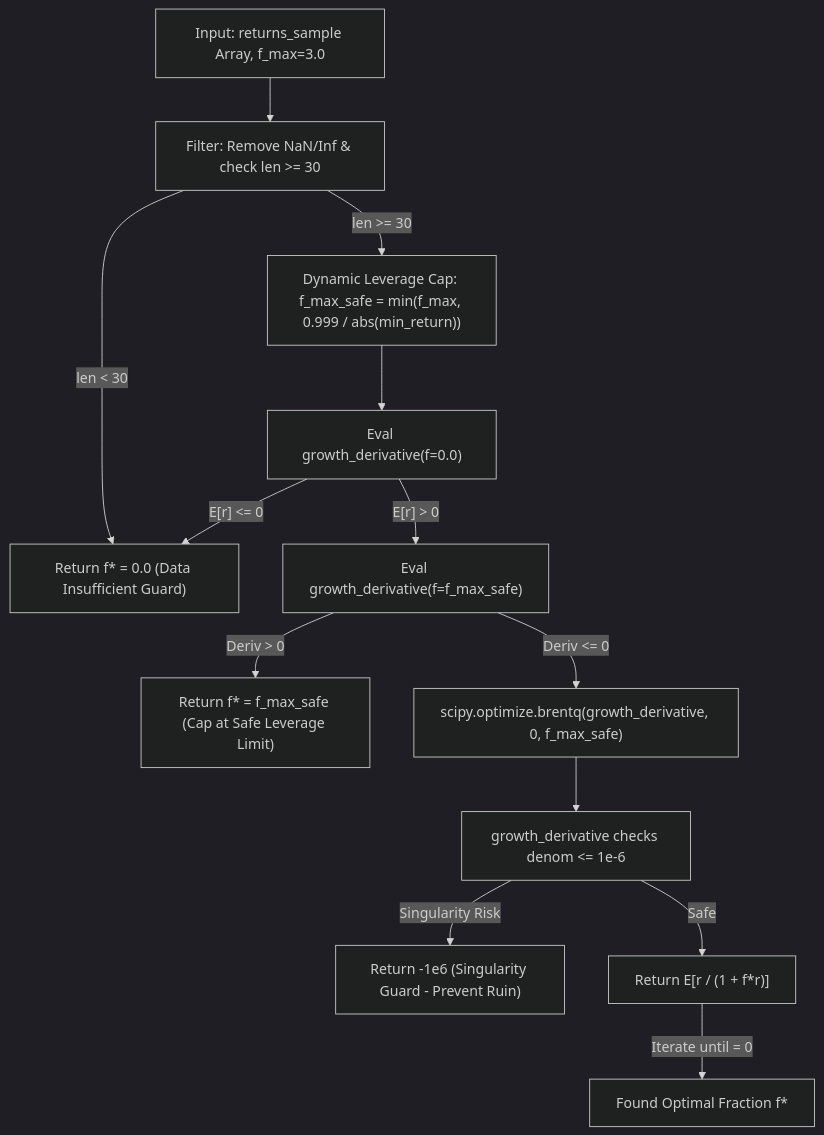
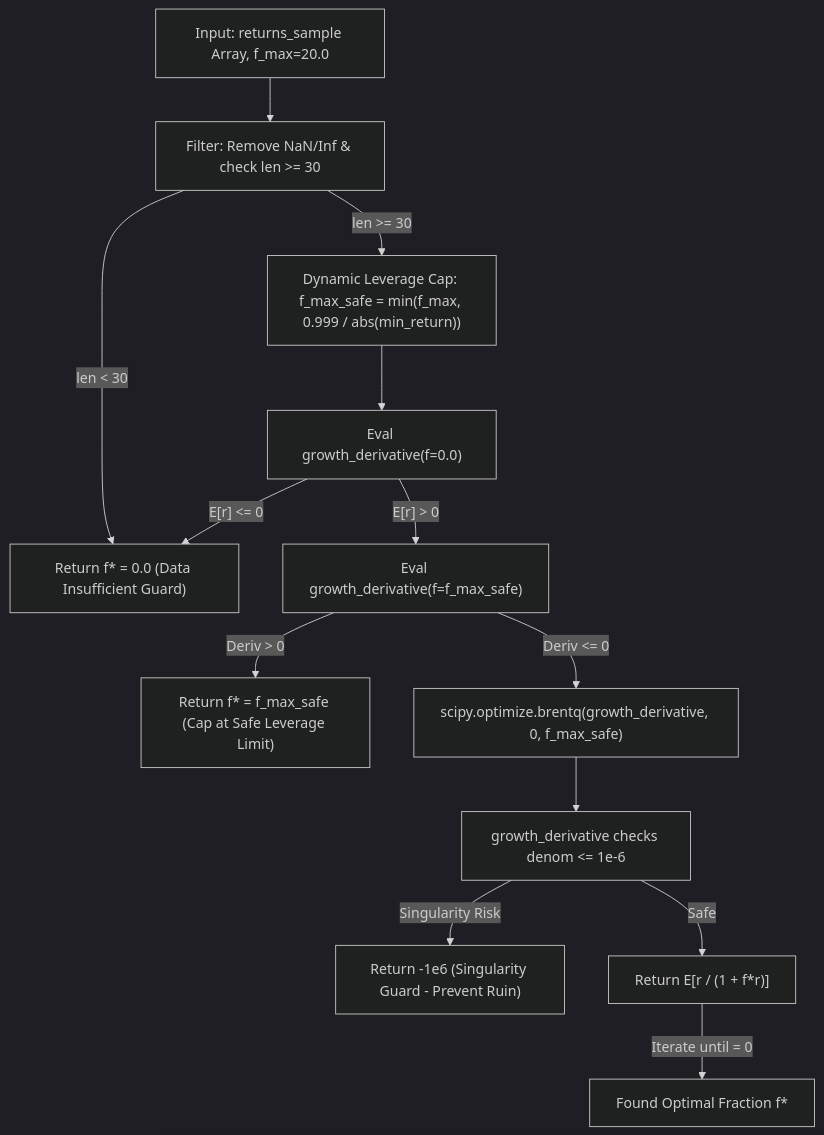
One commit to hoangcongly/1907TacticalAI changed the fourth of 9 diagrams in docs/engineering_audit_and_explanation_report.md. Above: the diagram before and after it, drawn with Mermaid (dark theme). The commit also changed other lines of this file and 5 other files, not shown here.

Commit message:
feat(module-g): resolve 9 architectural decisions, sync pnl fees, and add position_sizer

````diff
--- a/docs/engineering_audit_and_explanation_report.md
+++ b/docs/engineering_audit_and_explanation_report.md
@@ -358,18 +368,18 @@
 ```mermaid
 flowchart TD
-    Input["Input: returns_sample Array, f_max=3.0"] --> Filter["Filter: Remove NaN/Inf & check len >= 30"]
+    Input["Input: returns_sample Array, f_max=20.0"] --> Filter["Filter: Remove NaN/Inf & check len >= 30"]
     Filter -->|len < 30| ReturnZero["Return f* = 0.0 (Data Insufficient Guard)"]
     Filter -->|len >= 30| DynCap["Dynamic Leverage Cap: f_max_safe = min(f_max, 0.999 / abs(min_return))"]
     
     DynCap --> EvalZero["Eval growth_derivative(f=0.0)"]
     EvalZero -->|"E[r] <= 0"| ReturnZero
     EvalZero -->|"E[r] > 0"| EvalMax["Eval growth_derivative(f=f_max_safe)"]
     
     EvalMax -->|Deriv > 0| ReturnMax["Return f* = f_max_safe (Cap at Safe Leverage Limit)"]
     EvalMax -->|Deriv <= 0| Brentq["scipy.optimize.brentq(growth_derivative, 0, f_max_safe)"]
     
     Brentq --> CheckSing["growth_derivative checks denom <= 1e-6"]
     CheckSing -->|Singularity Risk| Penalty["Return -1e6 (Singularity Guard - Prevent Ruin)"]
     CheckSing -->|Safe| Mean["Return E[r / (1 + f*r)]"]
     Mean -->|Iterate until = 0| Optimal["Found Optimal Fraction f*"]
 ```
````
